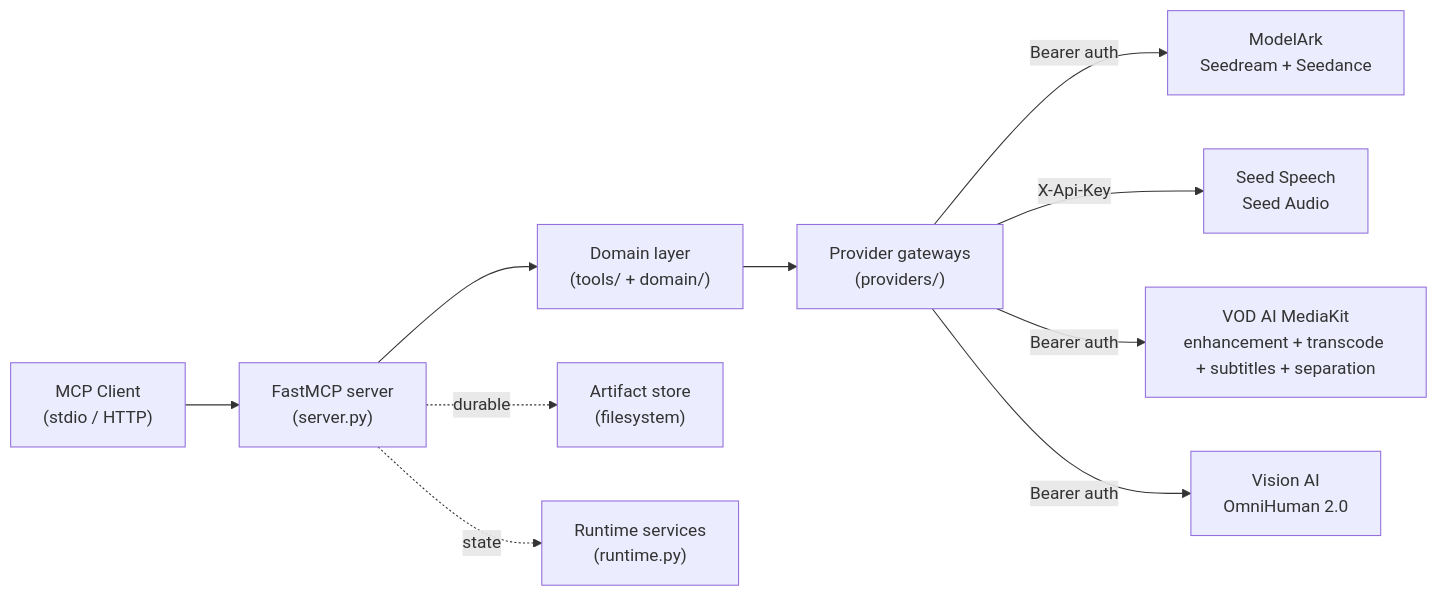
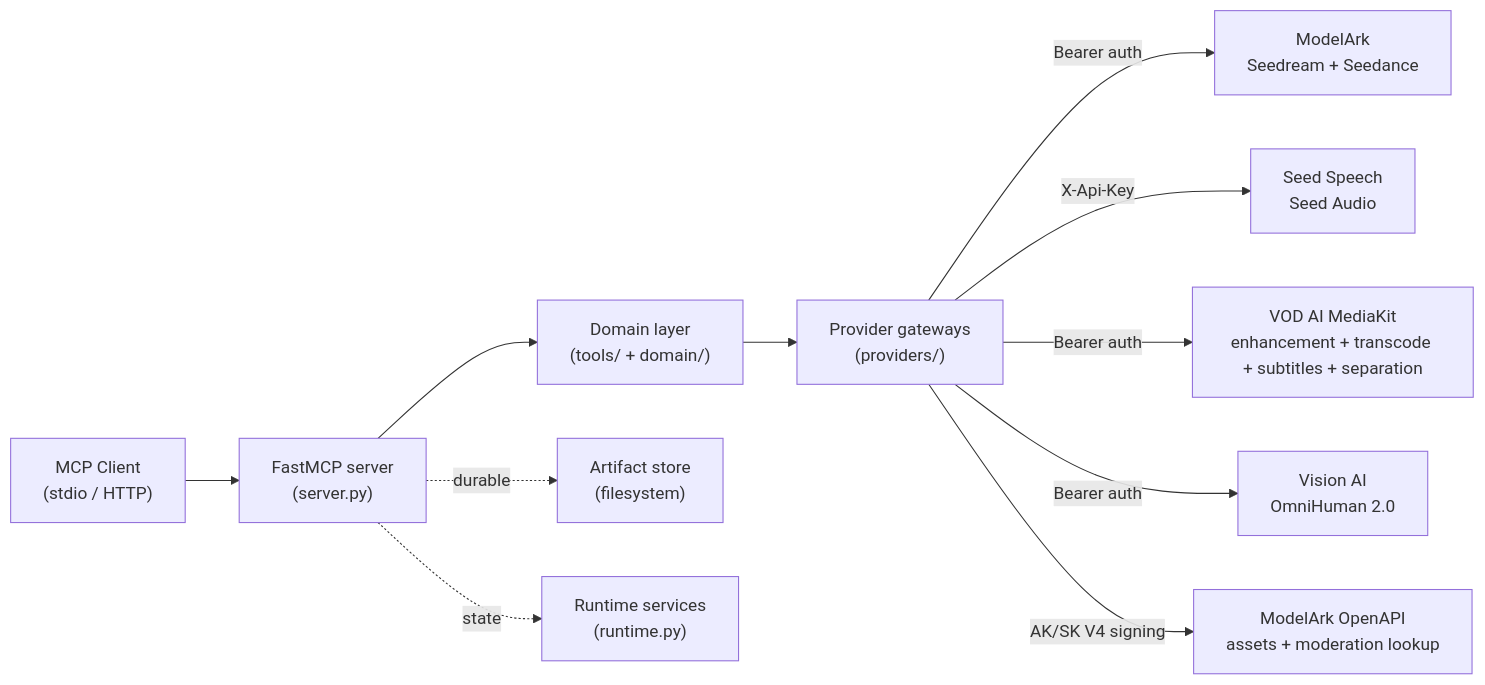
Before and after one commit to byteplus-sa/ark-mcp: the first of 4 diagrams in docs/architecture.md, drawn with Mermaid. The commit also changed other lines of this file and 41 other files, not shown here.

First line of the commit message:
feat: add trusted local moderation block-reason lookup

````diff
--- a/docs/architecture.md
+++ b/docs/architecture.md
@@ -62,12 +62,13 @@
 ```mermaid
 flowchart LR
     Client["MCP Client\n(stdio / HTTP)"] --> Server["FastMCP server\n(server.py)"]
     Server --> Domain["Domain layer\n(tools/ + domain/)"]
     Domain --> Gateway["Provider gateways\n(providers/)"]
     Gateway -->|"Bearer auth"| ModelArk["ModelArk\nSeedream + Seedance"]
     Gateway -->|"X-Api-Key"| SeedSpeech["Seed Speech\nSeed Audio"]
     Gateway -->|"Bearer auth"| MediaKit["VOD AI MediaKit\nenhancement + transcode + subtitles + separation"]
     Gateway -->|"Bearer auth"| VisionCv["Vision AI\nOmniHuman 2.0"]
+    Gateway -->|"AK/SK V4 signing"| OpenApi["ModelArk OpenAPI\nassets + moderation lookup"]
     Server -.durable.-> Store["Artifact store\n(filesystem)"]
     Server -.state.-> Runtime["Runtime services\n(runtime.py)"]
 ```
````
